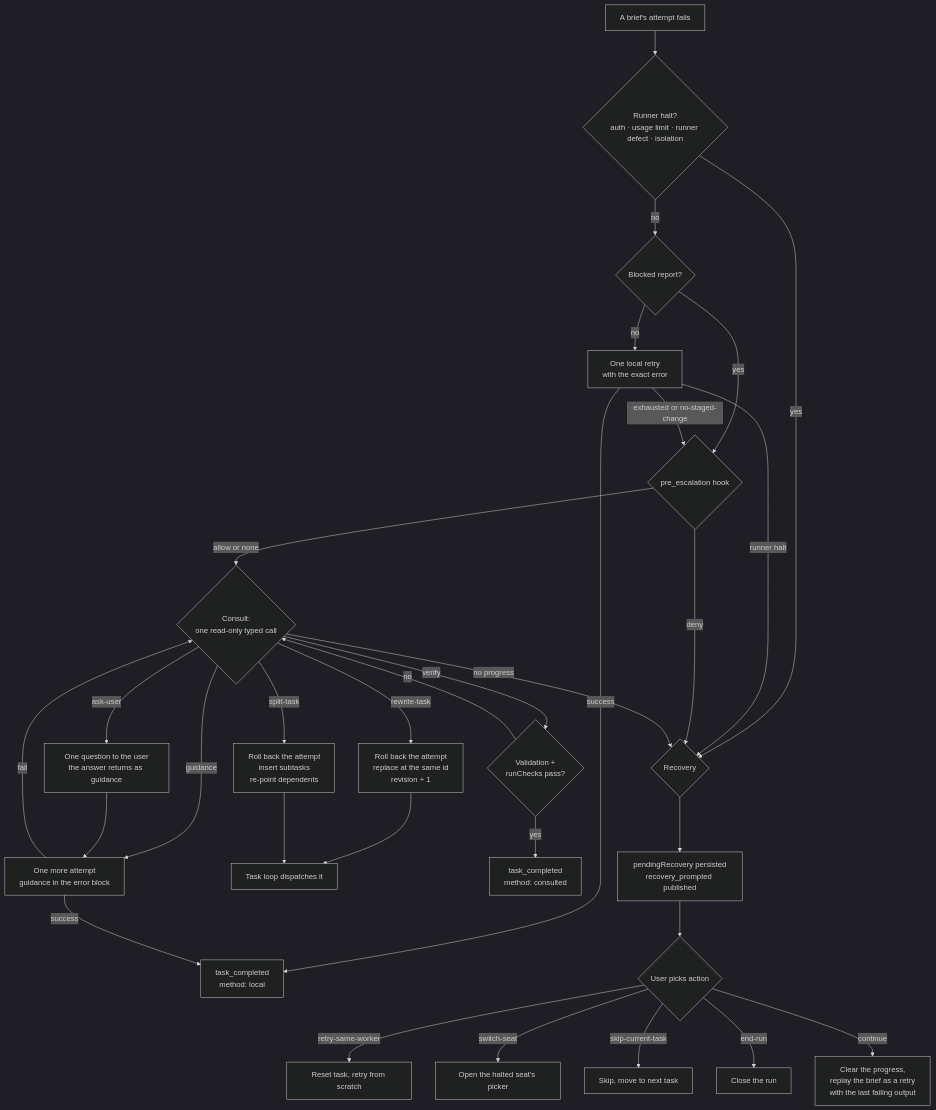
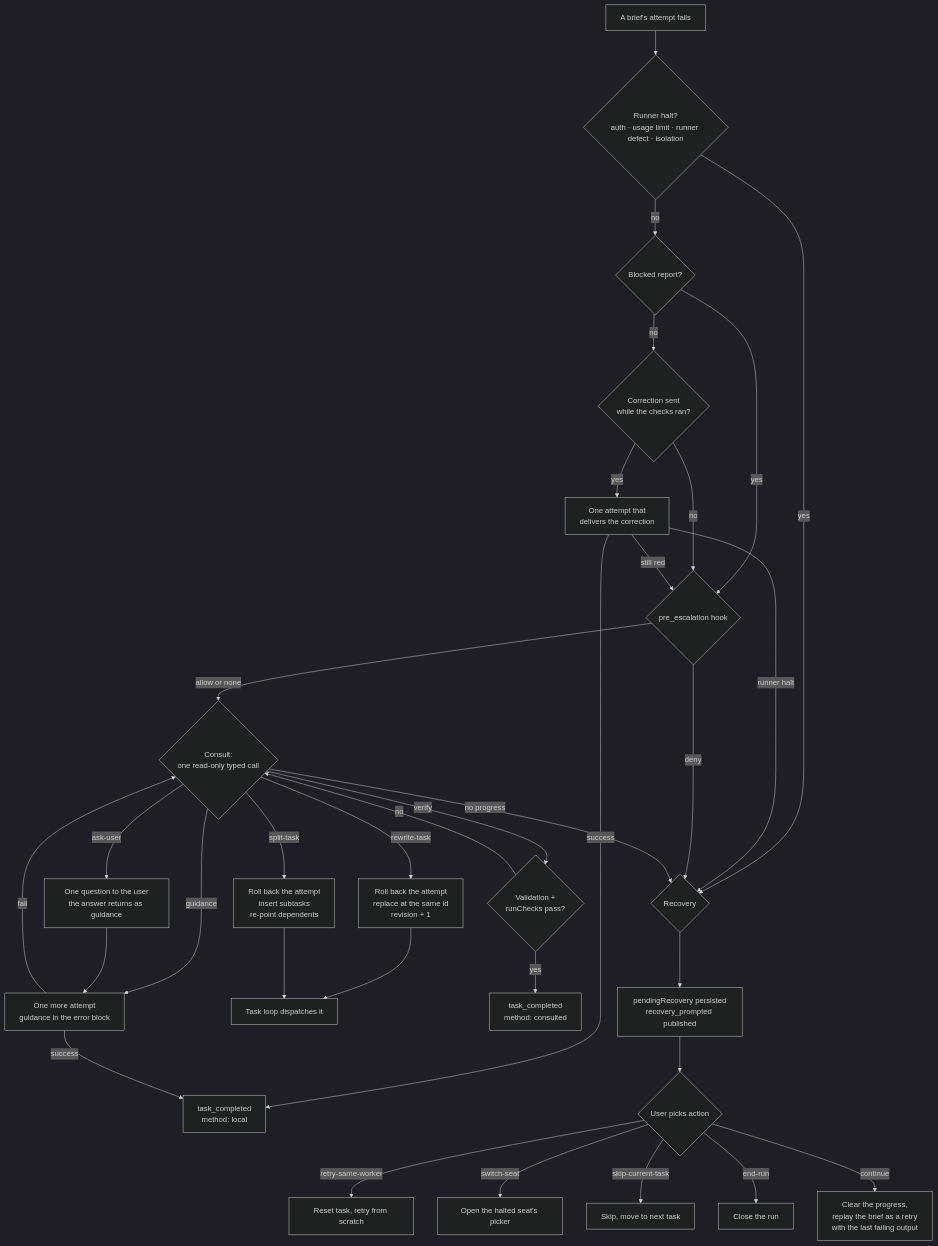
Before and after one commit to b4r7x/splitbrief: the diagram in docs/APPROVAL-AND-RECOVERY.md, drawn with Mermaid (dark theme). The commit also changed other lines of this file and 251 other files, not shown here.

Commit message:
send failed checks to the planner, fail briefs on any red check

````diff
--- a/docs/APPROVAL-AND-RECOVERY.md
+++ b/docs/APPROVAL-AND-RECOVERY.md
@@ -126,33 +126,35 @@
 ```mermaid
 flowchart TD
     F[A brief's attempt fails] --> H{Runner halt?<br/>auth · usage limit · runner defect · isolation}
     H -->|yes| REC{Recovery}
     H -->|no| B{Blocked report?}
     B -->|yes| HK{pre_escalation hook}
-    B -->|no| LR[One local retry<br/>with the exact error]
+    B -->|no| HC{Correction sent<br/>while the checks ran?}
+    HC -->|yes| LR[One attempt that<br/>delivers the correction]
+    HC -->|no| HK
     LR -->|success| DONE[task_completed<br/>method: local]
     LR -->|runner halt| REC
-    LR -->|exhausted or no-staged-change| HK
+    LR -->|still red| HK
     HK -->|deny| REC
     HK -->|allow or none| C{Consult:<br/>one read-only typed call}
     C -->|guidance| HR[One more attempt<br/>guidance in the error block]
     HR -->|success| DONE
     HR -->|fail| C
     C -->|rewrite-task| RW[Roll back the attempt<br/>replace at the same id<br/>revision + 1]
     RW --> LOOP[Task loop dispatches it]
     C -->|split-task| SP[Roll back the attempt<br/>insert subtasks<br/>re-point dependents]
     SP --> LOOP
     C -->|verify| V{Validation +<br/>runChecks pass?}
     V -->|yes| DONEC[task_completed<br/>method: consulted]
     V -->|no| C
     C -->|ask-user| ASK[One question to the user<br/>the answer returns as guidance]
     ASK --> HR
     C -->|no progress| REC
     REC --> PROMPT[pendingRecovery persisted<br/>recovery_prompted published]
     PROMPT --> USER{User picks action}
     USER -->|retry-same-worker| RESET[Reset task, retry from scratch]
     USER -->|switch-seat| SWITCH[Open the halted seat's picker]
     USER -->|skip-current-task| SKIP[Skip, move to next task]
     USER -->|end-run| ABORT[Close the run]
     USER -->|continue| CONT[Clear the progress,<br/>replay the brief as a retry<br/>with the last failing output]
 ```
````
